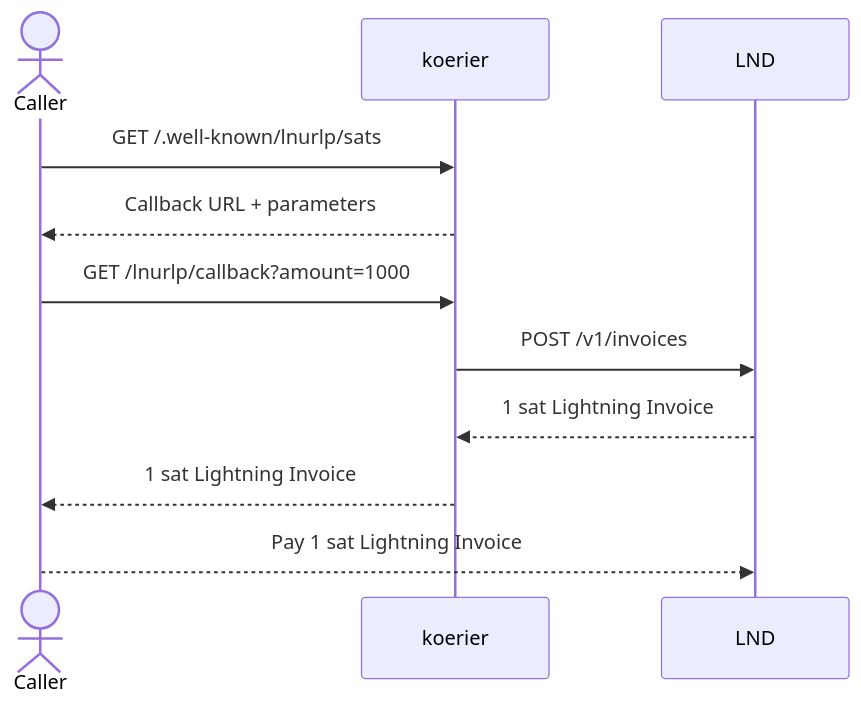
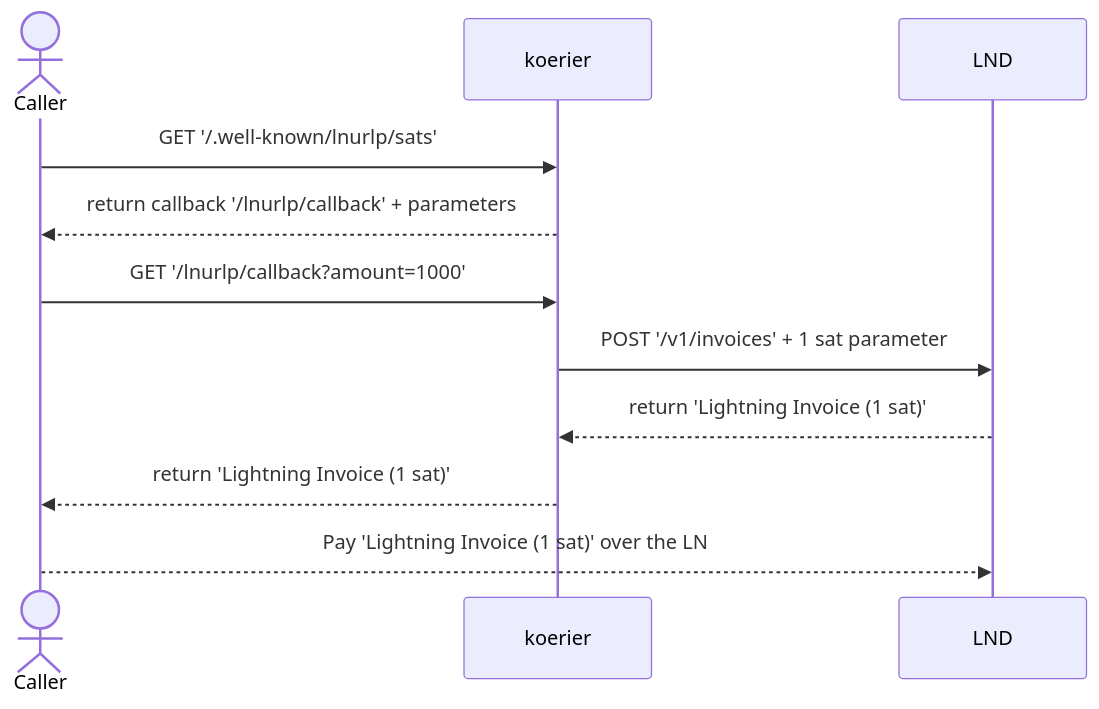
Before and after one commit to luisschwab/koerier: the diagram in README.md, drawn with Mermaid. The commit also changed other lines of this file, not shown here.

Commit message:
chore(docs): update README (#3)
* docs: fix LUD06 link in README

* chore(doc): update README

---------

````diff
--- a/README.md
+++ b/README.md
@@ -121,20 +125,20 @@
 ```mermaid
 sequenceDiagram
     actor Caller
     participant koerier
     participant LND
 
-    Caller->>koerier: GET /.well-known/lnurlp/sats
+    Caller->>koerier: GET '/.well-known/lnurlp/sats'
 
-    koerier-->>Caller: Callback URL + parameters
+    koerier-->>Caller: return callback '/lnurlp/callback' + parameters
 
-    Caller->>koerier: GET /lnurlp/callback?amount=1000
+    Caller->>koerier: GET '/lnurlp/callback?amount=1000'
 
-    koerier->>LND: POST /v1/invoices
+    koerier->>LND: POST '/v1/invoices' + 1 sat parameter
 
-    LND-->>koerier: 1 sat Lightning Invoice
+    LND-->>koerier: return 'Lightning Invoice (1 sat)'
 
-    koerier-->>Caller: 1 sat Lightning Invoice
+    koerier-->>Caller: return 'Lightning Invoice (1 sat)'
 
-    Caller-->>LND: Pay 1 sat Lightning Invoice
+    Caller-->>LND: Pay 'Lightning Invoice (1 sat)' over the LN
 ```
````
